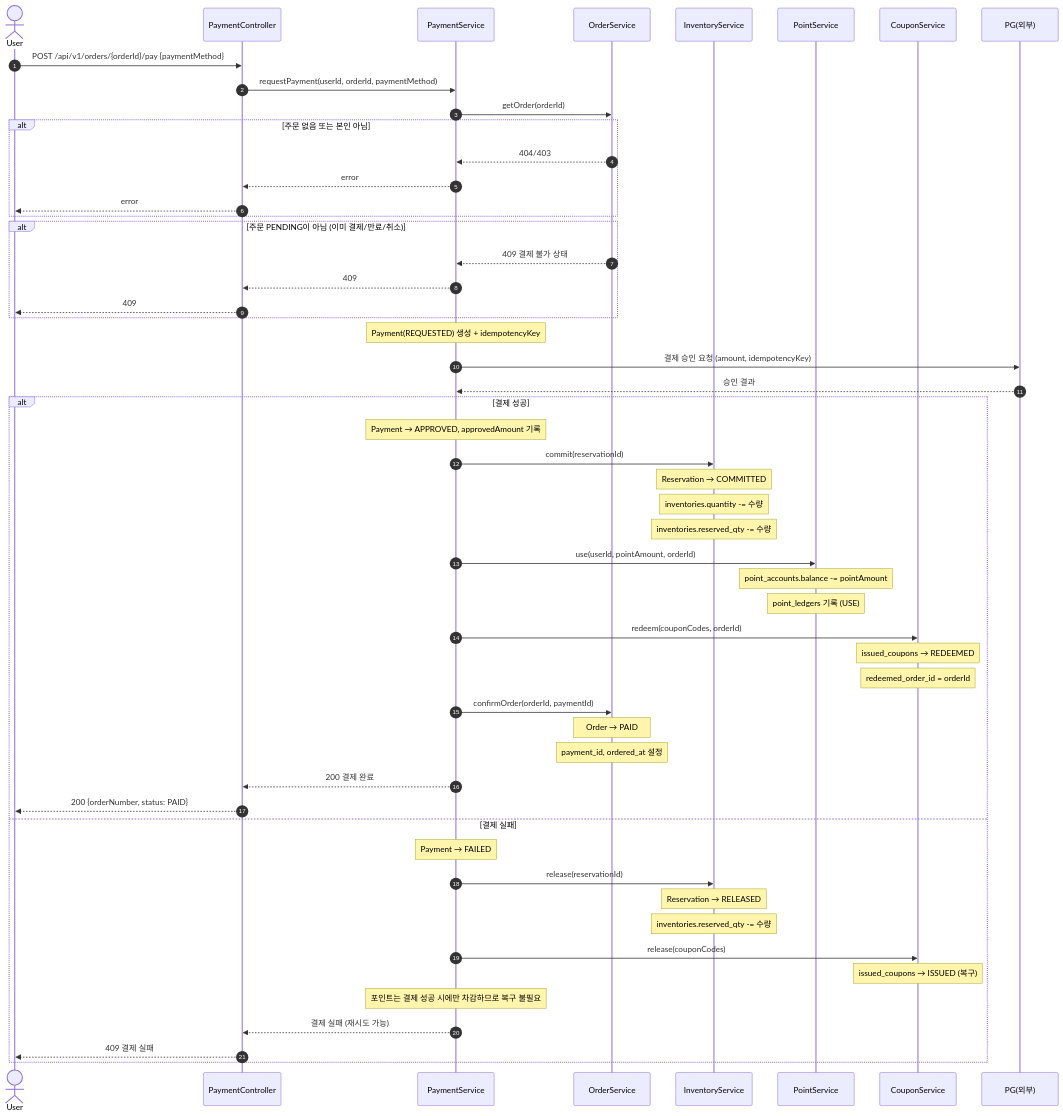
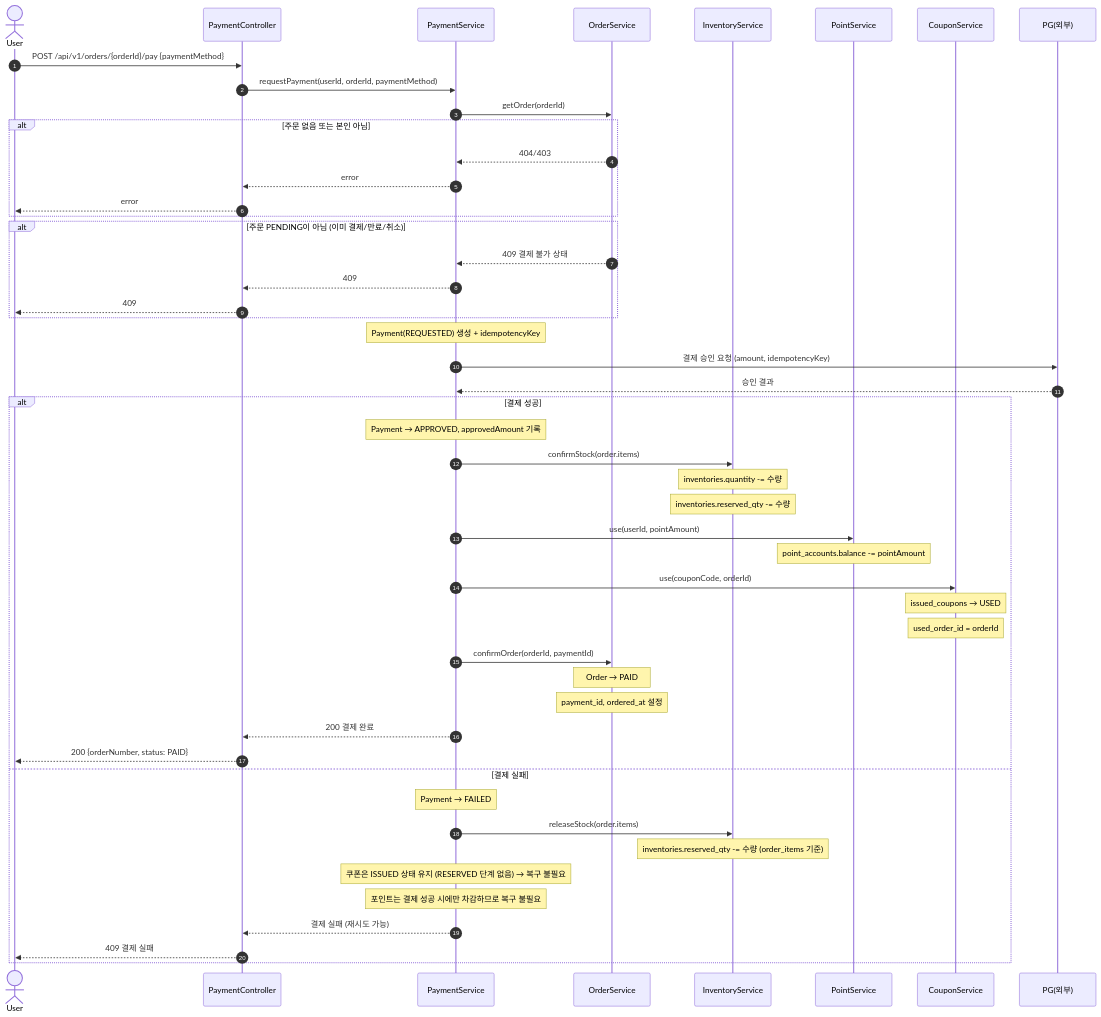
The second of 9 diagrams in .docs/design/02-sequence-diagrams.md (Loopers-dev-lab/loop-pack-be-l2-vol3-java), drawn with Mermaid before and after one commit. The commit also changed other lines of this file and 4 other files, not shown here.

Commit message:
docs: 핵심 도메인 설계 문서 작성 (요구사항, 시퀀스, 클래스, ERD)

````diff
--- a/.docs/design/02-sequence-diagrams.md
+++ b/.docs/design/02-sequence-diagrams.md
@@ -118,70 +118,65 @@
 ```mermaid
 sequenceDiagram
   autonumber
   actor User
   participant Controller as PaymentController
   participant PaymentSvc as PaymentService
   participant OrderSvc as OrderService
   participant InvSvc as InventoryService
   participant PointSvc as PointService
   participant CouponSvc as CouponService
   participant PG as PG(외부)
 
   User->>Controller: POST /api/v1/orders/{orderId}/pay {paymentMethod}
   Controller->>PaymentSvc: requestPayment(userId, orderId, paymentMethod)
 
   PaymentSvc->>OrderSvc: getOrder(orderId)
   alt 주문 없음 또는 본인 아님
     OrderSvc-->>PaymentSvc: 404/403
     PaymentSvc-->>Controller: error
     Controller-->>User: error
   end
   alt 주문 PENDING이 아님 (이미 결제/만료/취소)
     OrderSvc-->>PaymentSvc: 409 결제 불가 상태
     PaymentSvc-->>Controller: 409
     Controller-->>User: 409
   end
 
   Note over PaymentSvc: Payment(REQUESTED) 생성 + idempotencyKey
   PaymentSvc->>PG: 결제 승인 요청 (amount, idempotencyKey)
   PG-->>PaymentSvc: 승인 결과
 
   alt 결제 성공
     Note over PaymentSvc: Payment → APPROVED, approvedAmount 기록
 
-    PaymentSvc->>InvSvc: commit(reservationId)
-    Note over InvSvc: Reservation → COMMITTED
+    PaymentSvc->>InvSvc: confirmStock(order.items)
     Note over InvSvc: inventories.quantity -= 수량
     Note over InvSvc: inventories.reserved_qty -= 수량
 
-    PaymentSvc->>PointSvc: use(userId, pointAmount, orderId)
+    PaymentSvc->>PointSvc: use(userId, pointAmount)
     Note over PointSvc: point_accounts.balance -= pointAmount
-    Note over PointSvc: point_ledgers 기록 (USE)
 
-    PaymentSvc->>CouponSvc: redeem(couponCodes, orderId)
-    Note over CouponSvc: issued_coupons → REDEEMED
-    Note over CouponSvc: redeemed_order_id = orderId
+    PaymentSvc->>CouponSvc: use(couponCode, orderId)
+    Note over CouponSvc: issued_coupons → USED
+    Note over CouponSvc: used_order_id = orderId
 
     PaymentSvc->>OrderSvc: confirmOrder(orderId, paymentId)
     Note over OrderSvc: Order → PAID
     Note over OrderSvc: payment_id, ordered_at 설정
 
     PaymentSvc-->>Controller: 200 결제 완료
     Controller-->>User: 200 {orderNumber, status: PAID}
 
   else 결제 실패
     Note over PaymentSvc: Payment → FAILED
 
-    PaymentSvc->>InvSvc: release(reservationId)
-    Note over InvSvc: Reservation → RELEASED
-    Note over InvSvc: inventories.reserved_qty -= 수량
+    PaymentSvc->>InvSvc: releaseStock(order.items)
+    Note over InvSvc: inventories.reserved_qty -= 수량 (order_items 기준)
 
-    PaymentSvc->>CouponSvc: release(couponCodes)
-    Note over CouponSvc: issued_coupons → ISSUED (복구)
-
+    Note over PaymentSvc: 쿠폰은 ISSUED 상태 유지 (RESERVED 단계 없음) → 복구 불필요
     Note over PaymentSvc: 포인트는 결제 성공 시에만 차감하므로 복구 불필요
 
     PaymentSvc-->>Controller: 결제 실패 (재시도 가능)
     Controller-->>User: 409 결제 실패
   end
 ```
````
